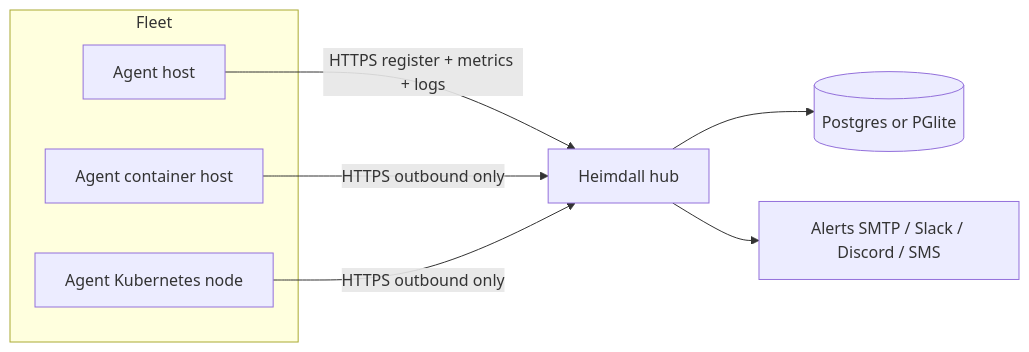
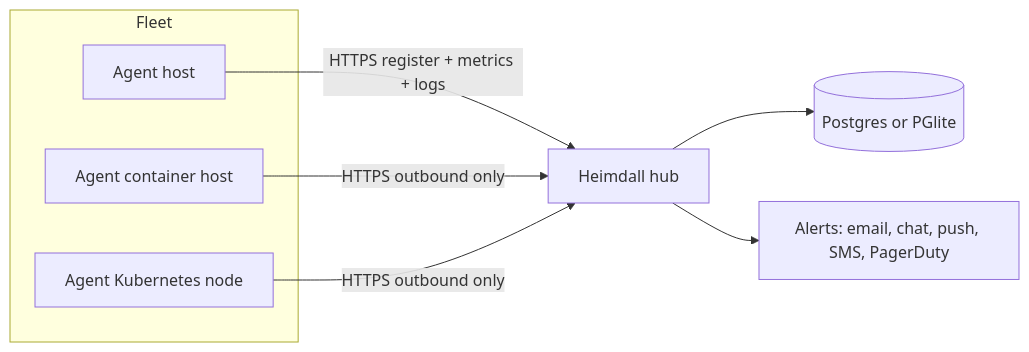
The diagram in README.md (ohallord/heimdall), drawn with Mermaid before and after one commit. The commit also changed other lines of this file and 10 other files, not shown here.

````diff
--- a/README.md
+++ b/README.md
@@ -24,16 +48,16 @@
 ```mermaid
 flowchart LR
   subgraph fleet [Fleet]
     A1[Agent host]
     A2[Agent container host]
     A3[Agent Kubernetes node]
   end
   H[Heimdall hub]
   DB[(Postgres or PGlite)]
-  AL[Alerts SMTP / Slack / Discord / SMS]
+  AL[Alerts: email, chat, push, SMS, PagerDuty]
   A1 -->|HTTPS register + metrics + logs| H
   A2 -->|HTTPS outbound only| H
   A3 -->|HTTPS outbound only| H
   H --> DB
   H --> AL
 ```
````
